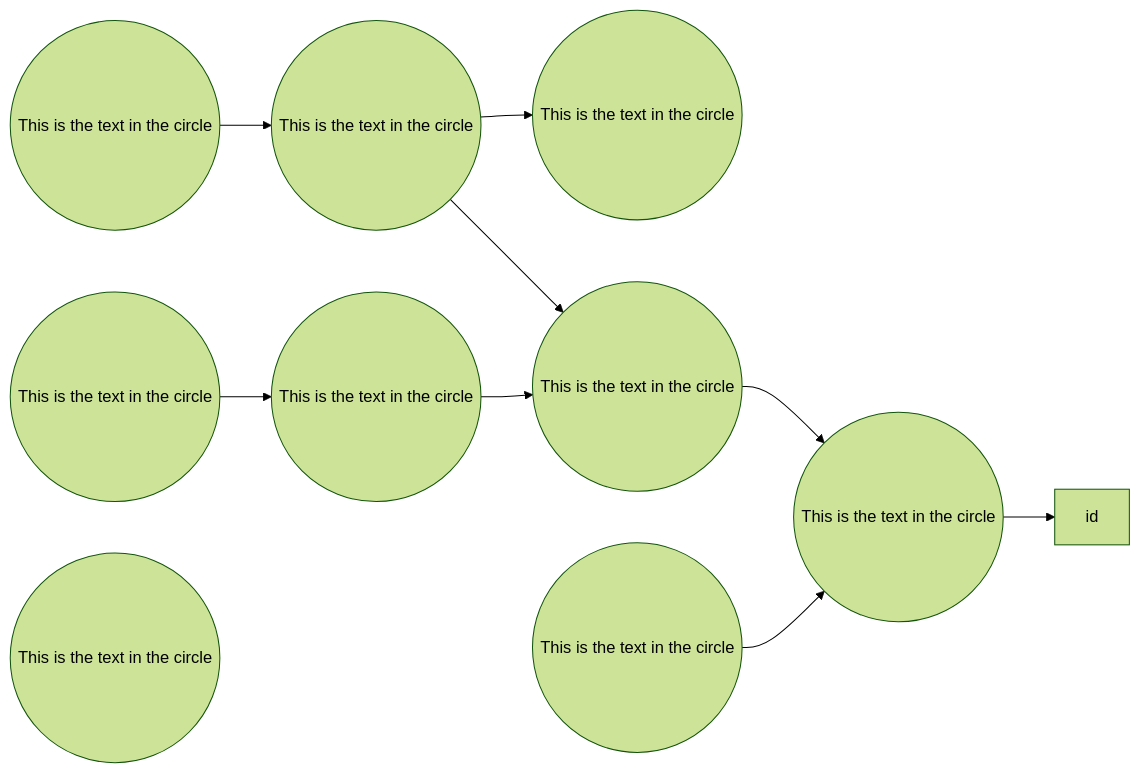
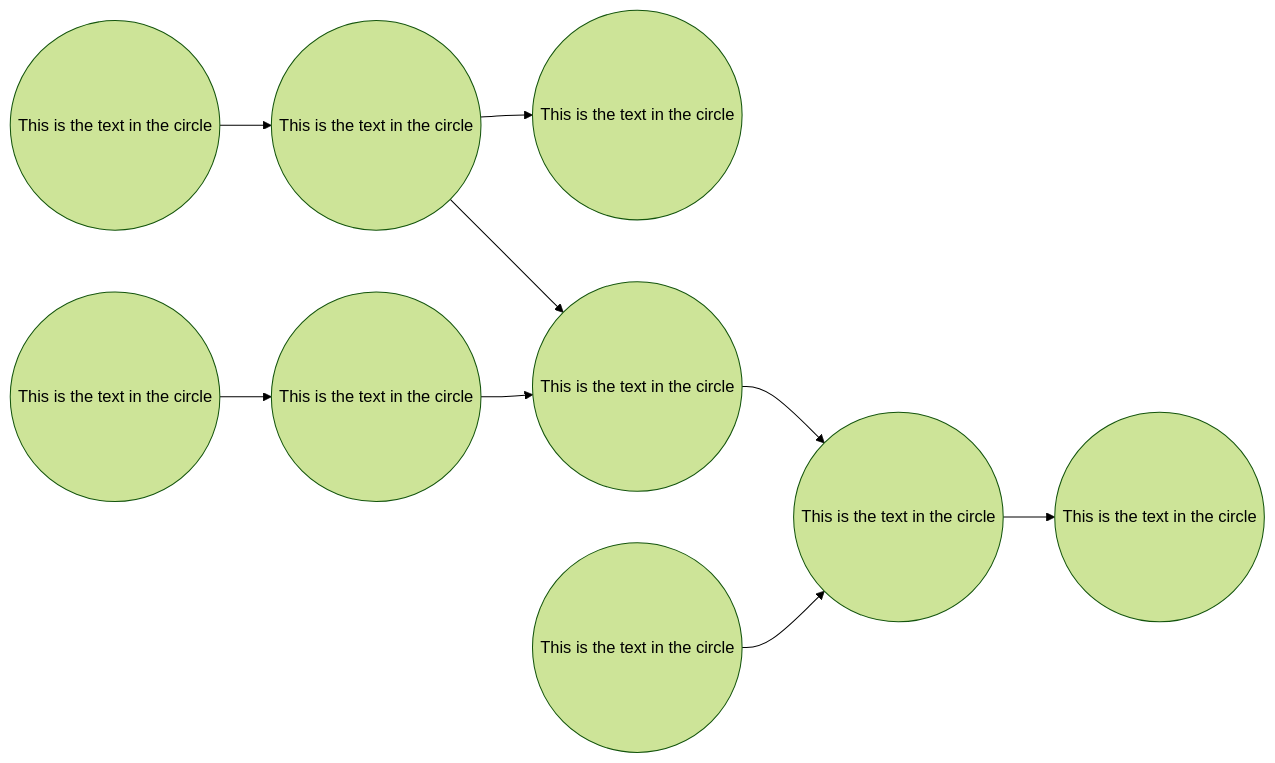
Before and after one commit to gerbssusd/dok: the second of 2 diagrams in slides.md, drawn with Mermaid (forest theme).

````diff
--- a/slides.md
+++ b/slides.md
@@ -499,14 +499,14 @@
 ```mermaid {scale: .60}
 
 flowchart LR
     id1((This is the text in the circle)) -->
     id2((This is the text in the circle)) -->
     id3((This is the text in the circle))
        id3.1((This is the text in the circle))-->
        id3.2((This is the text in the circle))-->id4
    id2 --> id4((This is the text in the circle)) -->id6
     id5((This is the text in the circle)) -->
-    id6((This is the text in the circle)) -->id
+    id6((This is the text in the circle)) -->id7
     id7((This is the text in the circle))
 
 ```
````
